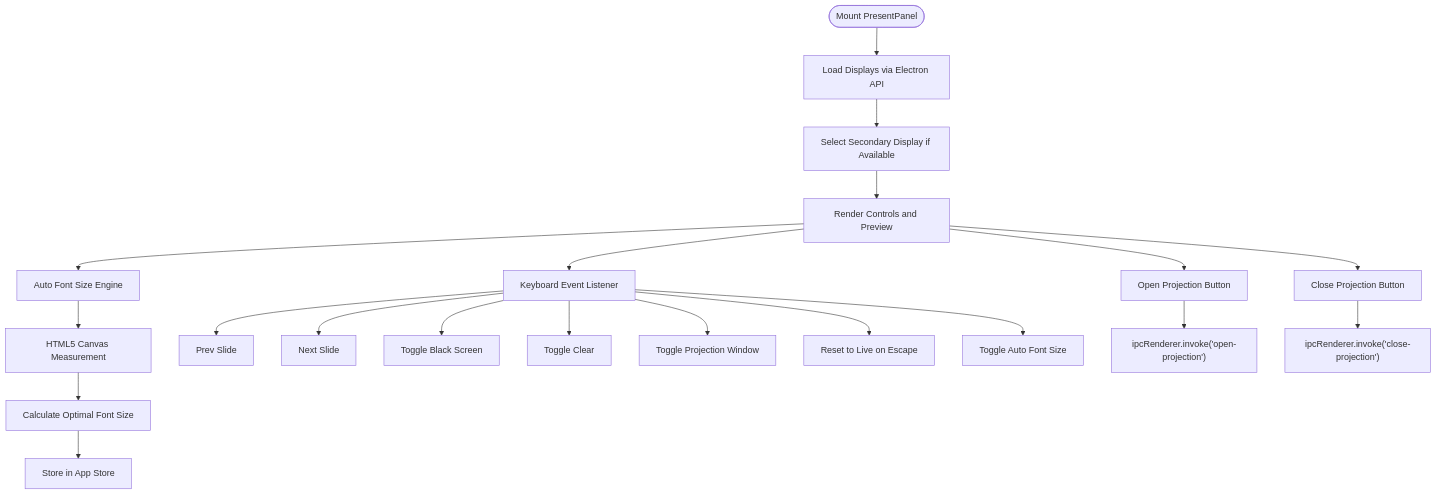
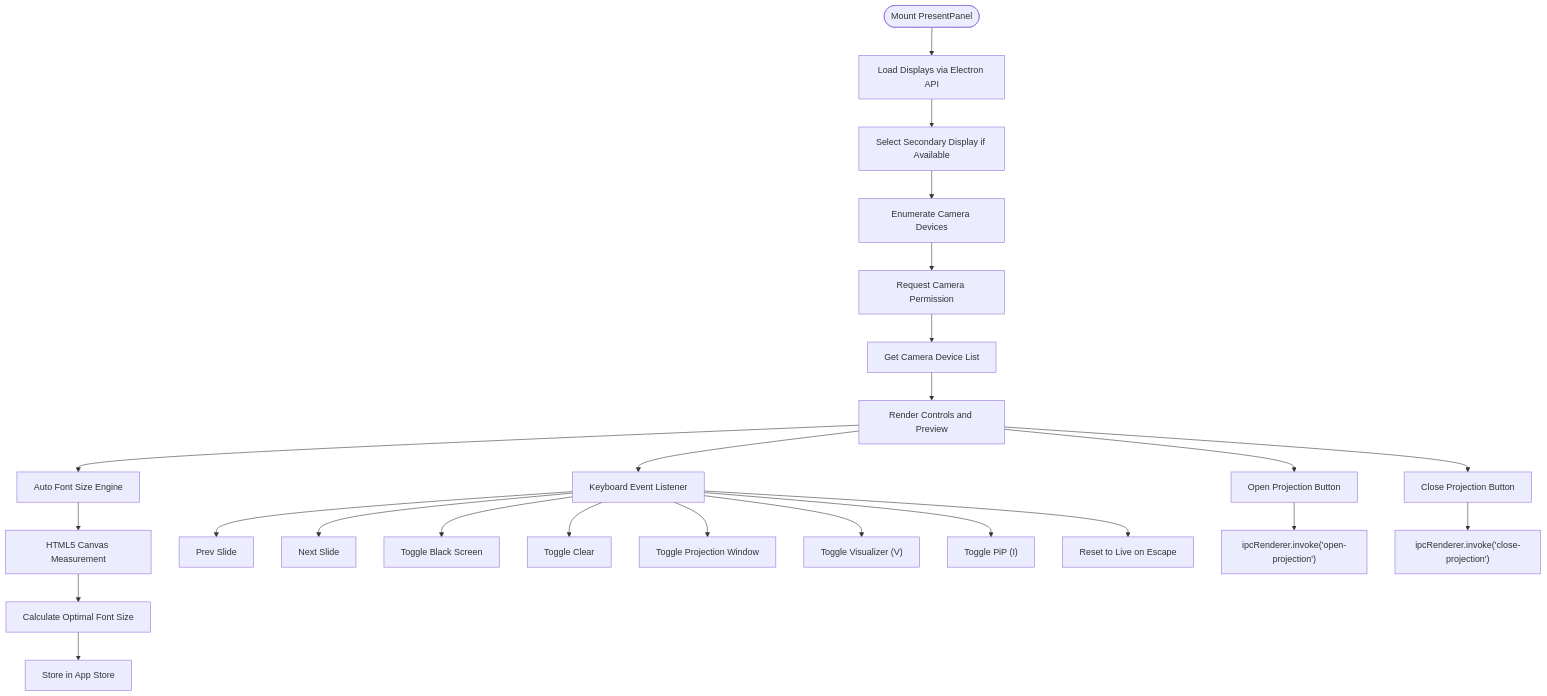
The third of 4 diagrams in .qoder/repowiki/en/content/User Interface Components/Presentation Controls Component.md (jimmywyk/lyricdeck), drawn with Mermaid before and after one commit. The commit also changed other lines of this file and 5 other files, not shown here.

````diff
--- a/.qoder/repowiki/en/content/User Interface Components/Presentation Controls Component.md
+++ b/.qoder/repowiki/en/content/User Interface Components/Presentation Controls Component.md
@@ -156,22 +172,26 @@
 ```mermaid
 flowchart TD
 Start(["Mount PresentPanel"]) --> LoadDisplays["Load Displays via Electron API"]
 LoadDisplays --> SelectDisplay["Select Secondary Display if Available"]
-SelectDisplay --> RenderUI["Render Controls and Preview"]
+SelectDisplay --> EnumerateCameras["Enumerate Camera Devices"]
+EnumerateCameras --> RequestPermission["Request Camera Permission"]
+RequestPermission --> GetDevices["Get Camera Device List"]
+GetDevices --> RenderUI["Render Controls and Preview"]
 RenderUI --> AutoFontSize["Auto Font Size Engine"]
 AutoFontSize --> CanvasCalc["HTML5 Canvas Measurement"]
 CanvasCalc --> OptimalSize["Calculate Optimal Font Size"]
 OptimalSize --> StoreValue["Store in App Store"]
 RenderUI --> KeyDown["Keyboard Event Listener"]
 KeyDown --> NavPrev["Prev Slide"]
 KeyDown --> NavNext["Next Slide"]
 KeyDown --> ToggleBlack["Toggle Black Screen"]
 KeyDown --> ToggleClear["Toggle Clear"]
 KeyDown --> ToggleProjection["Toggle Projection Window"]
+KeyDown --> ToggleVisualizer["Toggle Visualizer (V)"]
+KeyDown --> TogglePiP["Toggle PiP (I)"]
 KeyDown --> ResetLive["Reset to Live on Escape"]
-KeyDown --> ToggleAutoFont["Toggle Auto Font Size"]
 RenderUI --> OpenProj["Open Projection Button"]
 RenderUI --> CloseProj["Close Projection Button"]
 OpenProj --> IPCOpen["ipcRenderer.invoke('open-projection')"]
 CloseProj --> IPCClose["ipcRenderer.invoke('close-projection')"]
 ```
````
